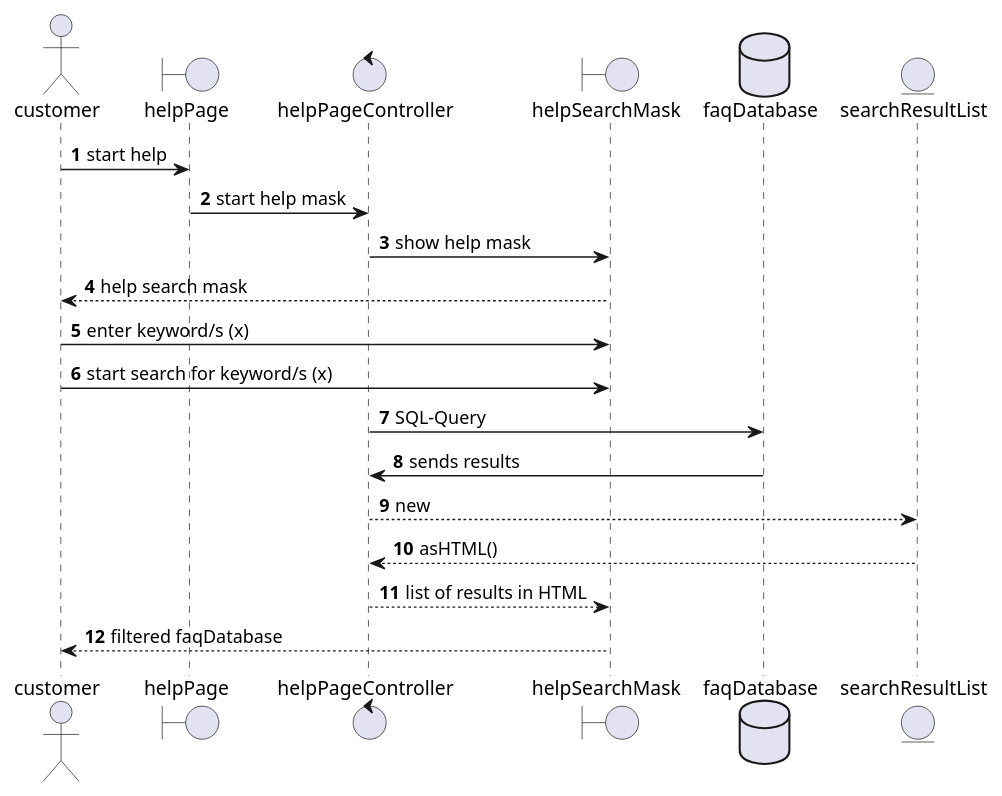
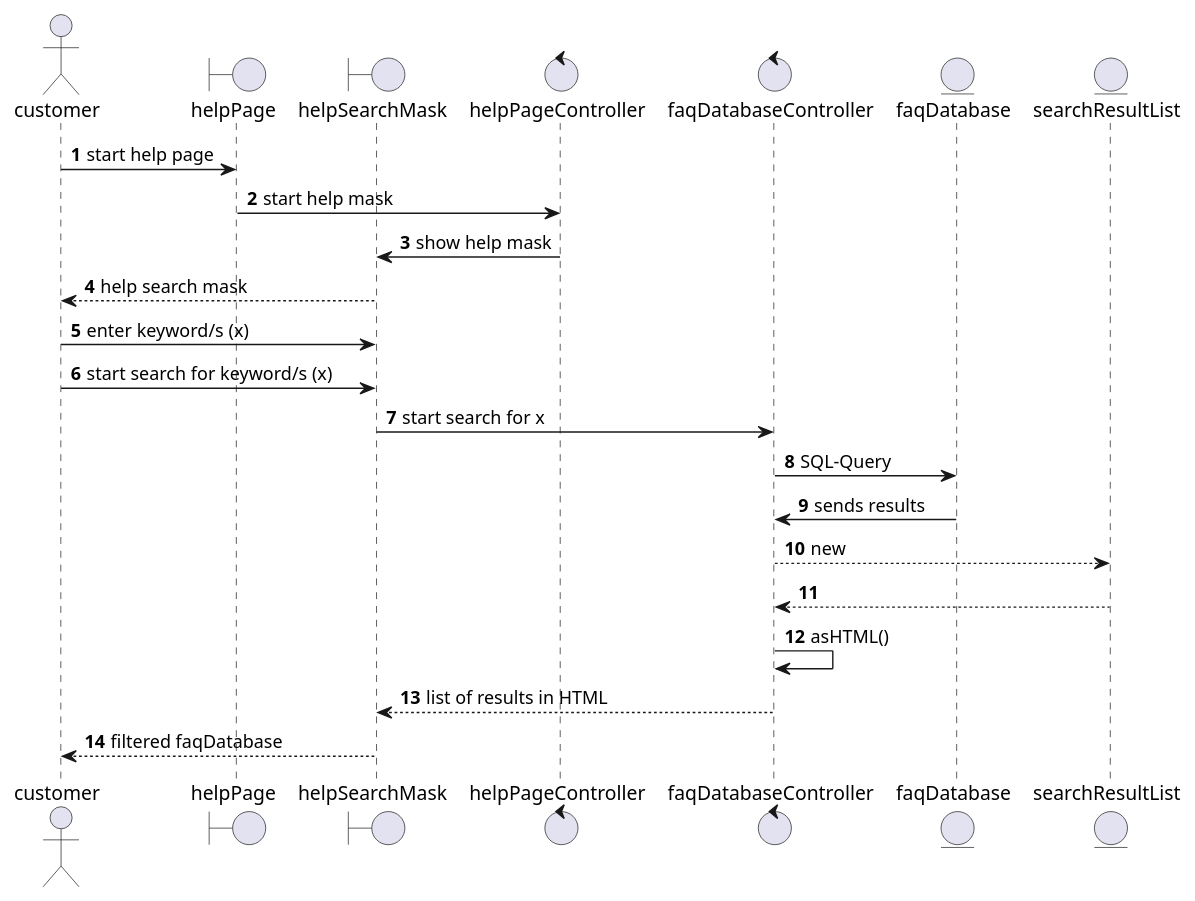
The diagram in src/main/team_space/exercise5/sd_FilterHelpPage.puml (1nbetw33n/Parkhaus_new), drawn with PlantUML before and after one commit. The commit also changed other lines of this file and 1 other file, not shown here.

Commit message:
Changed faqDatabase from database -> entity. Added missing connections.

```diff
--- a/src/main/team_space/exercise5/sd_FilterHelpPage.puml
+++ b/src/main/team_space/exercise5/sd_FilterHelpPage.puml
@@ -1,26 +1,32 @@
 @startuml
 'https://plantuml.com/sequence-diagram
 
 
 actor customer
 boundary helpPage
+boundary helpSearchMask
 control helpPageController
-boundary helpSearchMask
-database faqDatabase
+control faqDatabaseController
+entity faqDatabase
+
+
+
 entity searchResultList
 
 autonumber
 
-customer -> helpPage: start help
+customer -> helpPage: start help page
 helpPage -> helpPageController: start help mask
 helpSearchMask <- helpPageController: show help mask
 customer <-- helpSearchMask: help search mask
 customer -> helpSearchMask: enter keyword/s (x)
 customer -> helpSearchMask: start search for keyword/s (x)
-helpPageController -> faqDatabase: SQL-Query
-faqDatabase -> helpPageController: sends results
-helpPageController --> searchResultList: new
-searchResultList --> helpPageController: asHTML()
-helpPageController --> helpSearchMask: list of results in HTML
+helpSearchMask -> faqDatabaseController : start search for x
+faqDatabaseController -> faqDatabase: SQL-Query
+faqDatabase -> faqDatabaseController: sends results
+faqDatabaseController --> searchResultList: new
+searchResultList --> faqDatabaseController:
+faqDatabaseController -> faqDatabaseController : asHTML()
+faqDatabaseController --> helpSearchMask: list of results in HTML
 helpSearchMask --> customer: filtered faqDatabase
 @enduml
```
